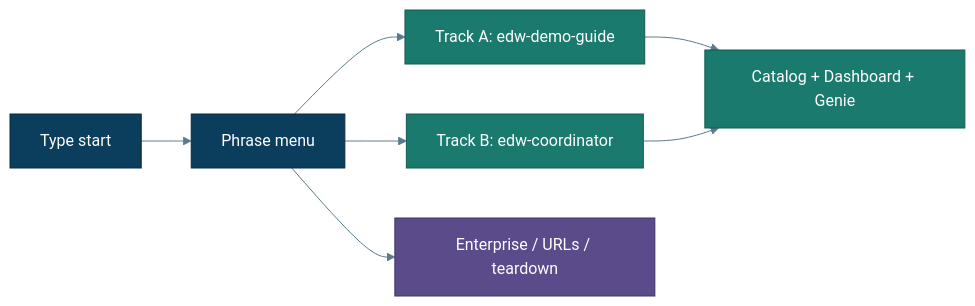
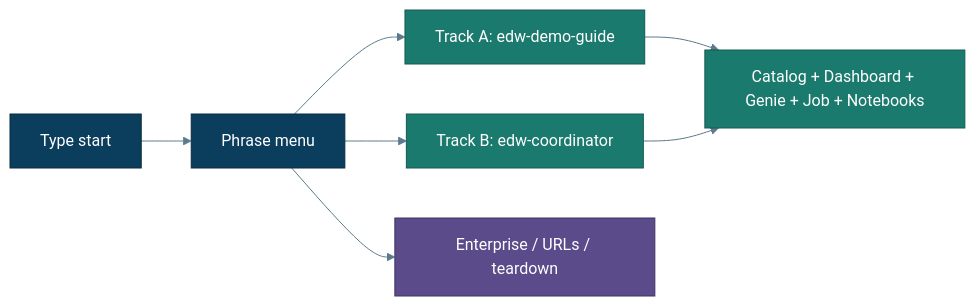
The second of 2 diagrams in docs/getting-started.md (Jericho2010/edwmigration), drawn with Mermaid before and after one commit. The commit also changed other lines of this file and 44 other files, not shown here.

````diff
--- a/docs/getting-started.md
+++ b/docs/getting-started.md
@@ -107,16 +107,16 @@
 ```mermaid
 %%{init: {"theme":"base","themeVariables":{"primaryColor":"#E8F1F8","primaryTextColor":"#0B3D5C","primaryBorderColor":"#0B3D5C","lineColor":"#5B7A8C","secondaryColor":"#E6F4F1","tertiaryColor":"#F7F3EA","background":"#FFFFFF","mainBkg":"#E8F1F8","clusterBkg":"#F7FAFC","clusterBorder":"#5B7A8C","titleColor":"#0B3D5C","edgeLabelBackground":"#FFFFFF"}}}%%
 flowchart LR
   Start[Type start] --> Menu[Phrase menu]
   Menu --> A[Track A: edw-demo-guide]
   Menu --> B[Track B: edw-coordinator]
   Menu --> E[Enterprise / URLs / teardown]
-  A --> Out[Catalog + Dashboard + Genie]
+  A --> Out[Catalog + Dashboard + Genie + Job + Notebooks]
   B --> Out
   classDef user fill:#0B3D5C,stroke:#082C43,color:#fff
   classDef agent fill:#1B7A6E,stroke:#145A51,color:#fff
   classDef ops fill:#5B4B8A,stroke:#3F3460,color:#fff
   class Start,Menu user
   class A,B,Out agent
   class E ops
 ```
````
